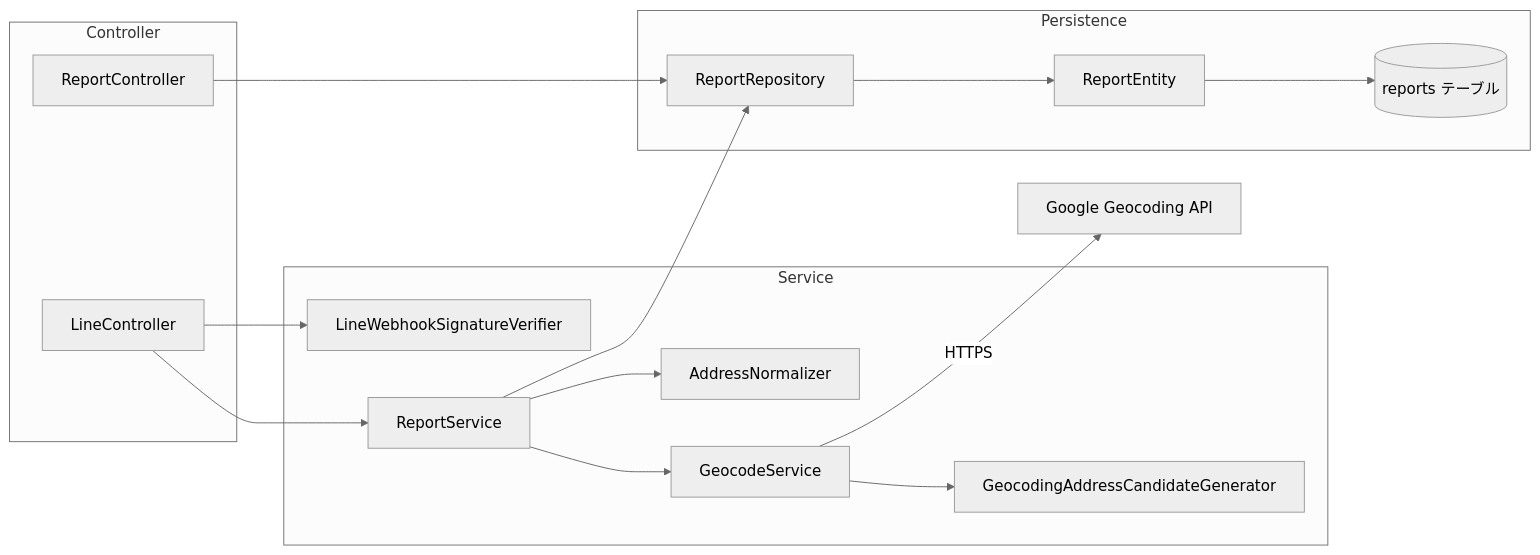
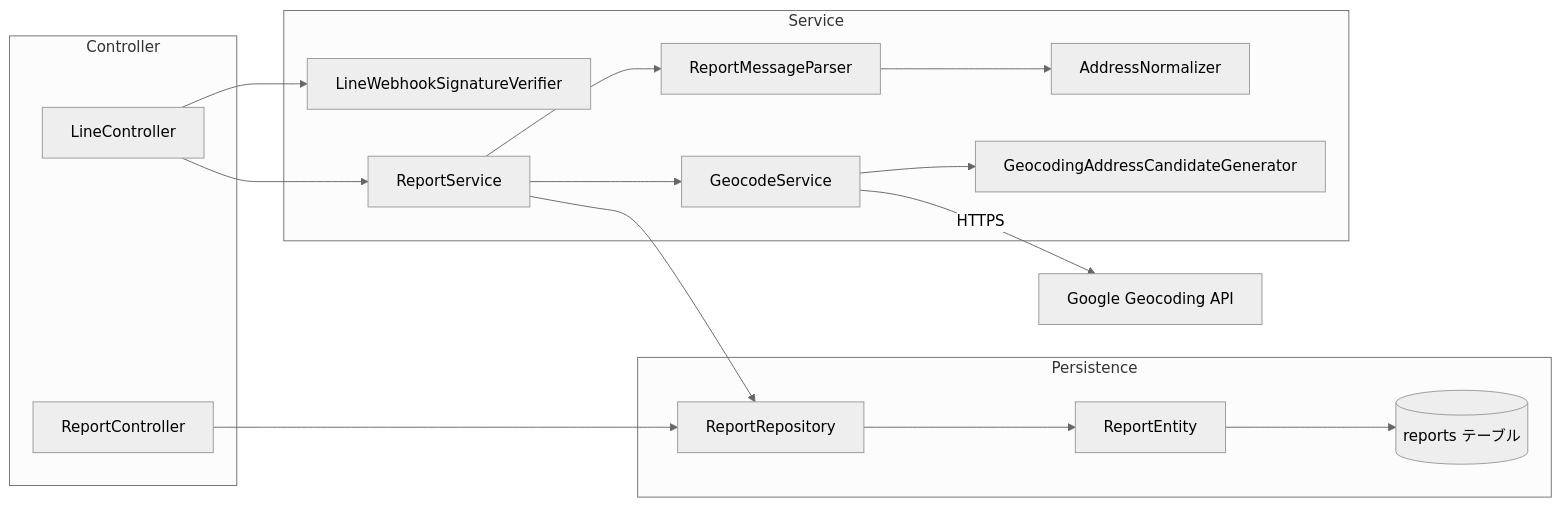
The second of 5 diagrams in docs/architecture/system-overview.md (TBan34/Suspicious-Person-Map), drawn with Mermaid (neutral theme) before and after one commit. The commit also changed other lines of this file and 33 other files, not shown here.

````diff
--- a/docs/architecture/system-overview.md
+++ b/docs/architecture/system-overview.md
@@ -56,32 +56,34 @@
 ```mermaid
 flowchart LR
     subgraph controller[Controller]
         lineController[LineController]
         reportController[ReportController]
     end
 
     subgraph service[Service]
         signature[LineWebhookSignatureVerifier]
         reportService[ReportService]
+        parser[ReportMessageParser]
         normalizer[AddressNormalizer]
         candidates[GeocodingAddressCandidateGenerator]
         geocode[GeocodeService]
     end
 
     subgraph persistence[Persistence]
         repository[ReportRepository]
         entity[ReportEntity]
         db[(reports テーブル)]
     end
 
     lineController --> signature
     lineController --> reportService
-    reportService --> normalizer
+    reportService --> parser
+    parser --> normalizer
     reportService --> geocode
     geocode --> candidates
     geocode -->|HTTPS| google[Google Geocoding API]
     reportService --> repository
     reportController --> repository
     repository --> entity
     entity --> db
 ```
````
